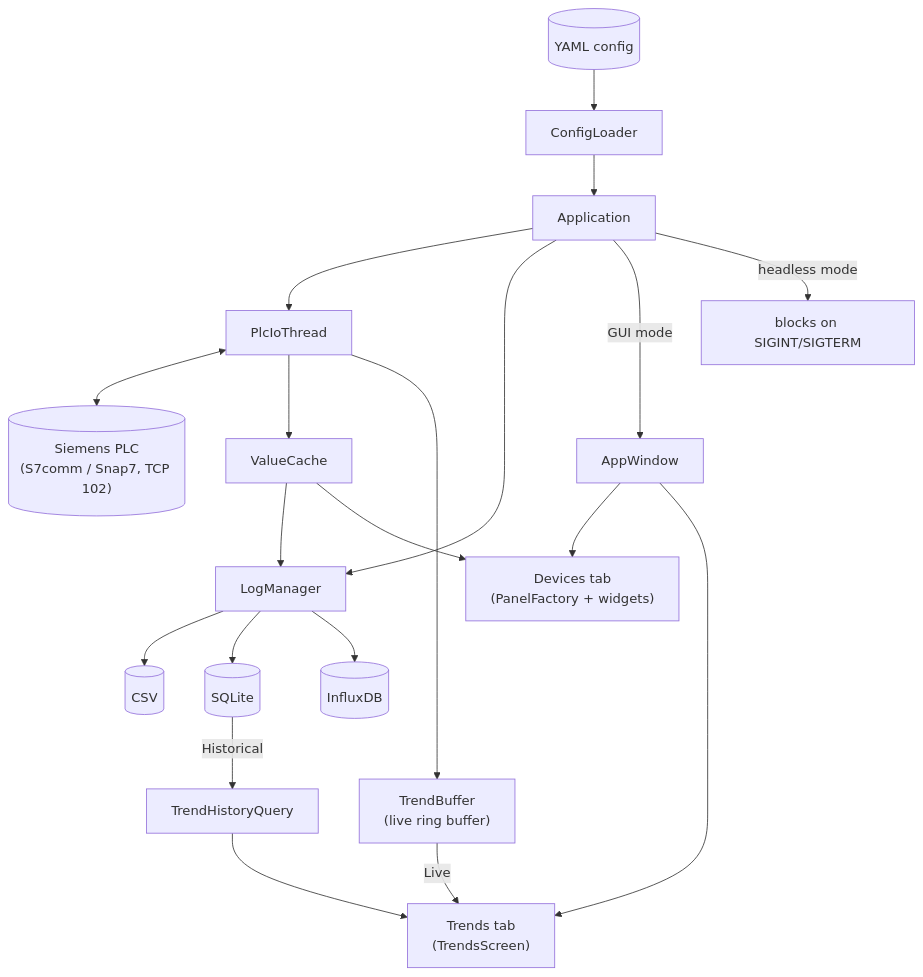
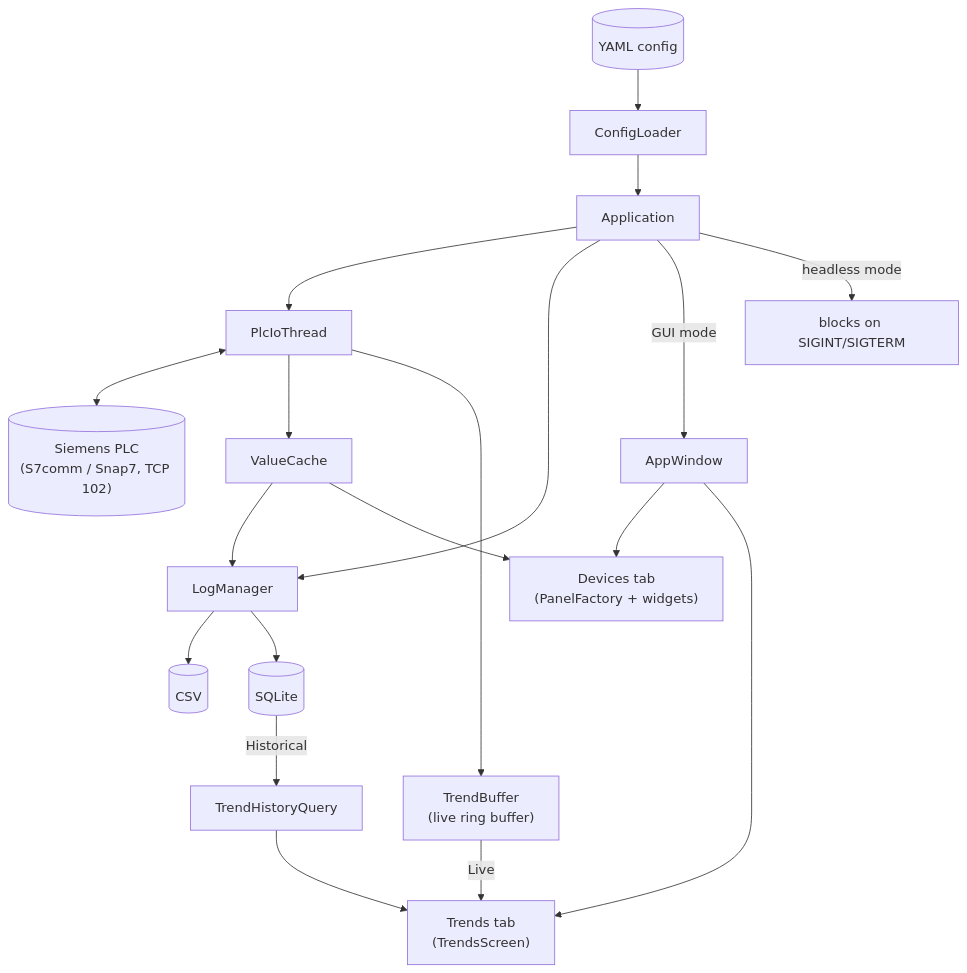
One commit to pousopk/plc_gui changed the diagram in README.md. Above: the diagram before and after it, drawn with Mermaid. The commit also changed other lines of this file and 16 other files, not shown here.

````diff
--- a/README.md
+++ b/README.md
@@ -16,26 +16,25 @@
 ```mermaid
 flowchart TD
     YAML[("YAML config")] --> Loader["ConfigLoader"]
     Loader --> App["Application"]
 
     App --> IO["PlcIoThread"]
     IO <--> PLC[("Siemens PLC\n(S7comm / Snap7, TCP 102)")]
     IO --> Cache["ValueCache"]
     IO --> Trend["TrendBuffer\n(live ring buffer)"]
 
     App --> Log["LogManager"]
     Cache --> Log
     Log --> CSV[("CSV")]
     Log --> SQLite[("SQLite")]
-    Log --> Influx[("InfluxDB")]
 
     App -->|GUI mode| Window["AppWindow"]
     Window --> Devices["Devices tab\n(PanelFactory + widgets)"]
     Window --> Trends["Trends tab\n(TrendsScreen)"]
     Cache --> Devices
     Trend -->|Live| Trends
     SQLite -->|Historical| History["TrendHistoryQuery"]
     History --> Trends
 
     App -->|headless mode| Wait["blocks on SIGINT/SIGTERM"]
 ```
````
